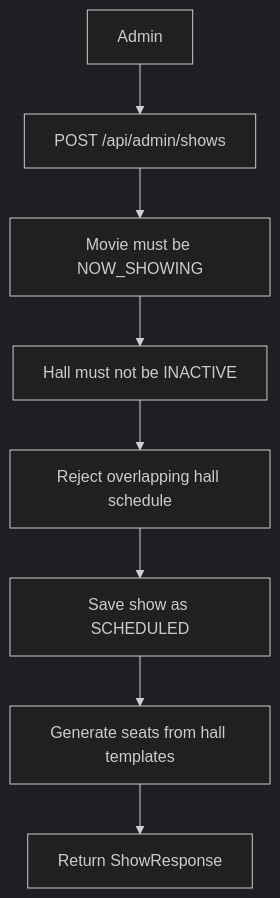
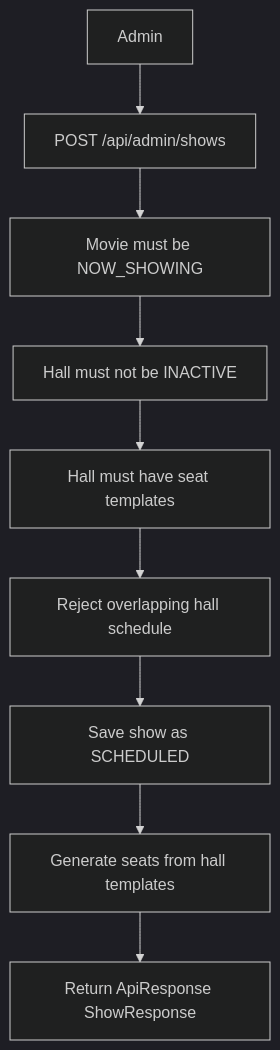
One commit to yuneshbyte01/hamro-chalchitraghar-backend changed the third of 3 diagrams in docs/TRD.md. Above: the diagram before and after it, drawn with Mermaid (dark theme). The commit also changed other lines of this file and 12 other files, not shown here.

````diff
--- a/docs/TRD.md
+++ b/docs/TRD.md
@@ -94,10 +110,11 @@
 ```mermaid
 flowchart TD
     Admin[Admin] --> CreateShow[POST /api/admin/shows]
     CreateShow --> ValidateMovie[Movie must be NOW_SHOWING]
     ValidateMovie --> ValidateHall[Hall must not be INACTIVE]
-    ValidateHall --> CheckOverlap[Reject overlapping hall schedule]
+    ValidateHall --> CheckTemplates[Hall must have seat templates]
+    CheckTemplates --> CheckOverlap[Reject overlapping hall schedule]
     CheckOverlap --> SaveShow[Save show as SCHEDULED]
     SaveShow --> GenerateSeats[Generate seats from hall templates]
-    GenerateSeats --> ReturnShow[Return ShowResponse]
+    GenerateSeats --> ReturnShow[Return ApiResponse ShowResponse]
 ```
````
